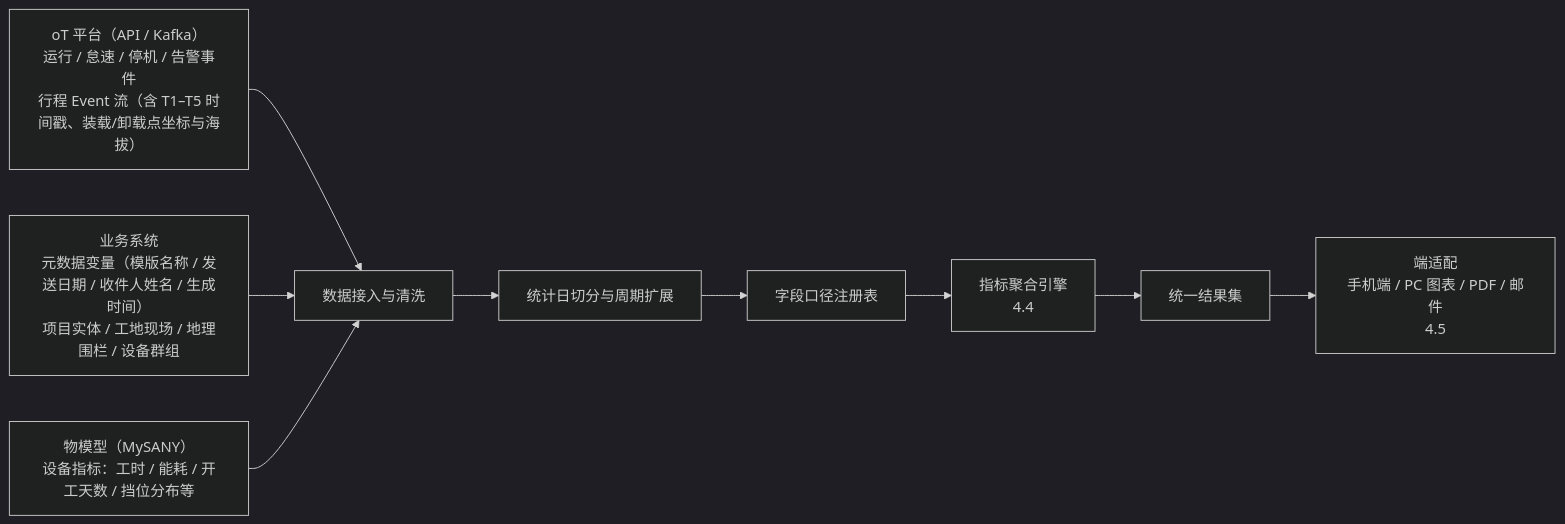
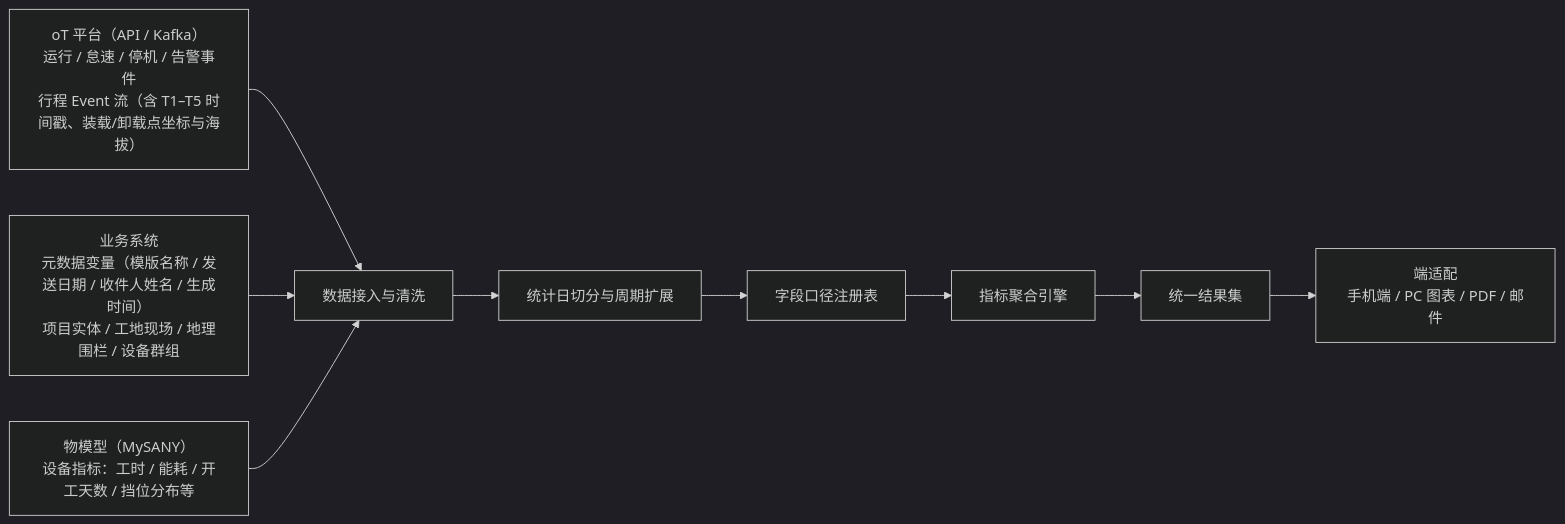
Before and after one commit to nametp1/xiangmubaogao: the second of 3 diagrams in 三一设备报表项目PRDv2.0.md, drawn with Mermaid (dark theme). The commit also changed other lines of this file and 37 other files, not shown here.

````diff
--- a/三一设备报表项目PRDv2.0.md
+++ b/三一设备报表项目PRDv2.0.md
@@ -859,11 +559,11 @@
 ```mermaid
 flowchart LR
     A["oT 平台（API / Kafka）<br/>运行 / 怠速 / 停机 / 告警事件<br/>行程 Event 流（含 T1–T5 时间戳、装载/卸载点坐标与海拔）"] --> D[数据接入与清洗]
     B["业务系统<br/>元数据变量（模版名称 / 发送日期 / 收件人姓名 / 生成时间）<br/>项目实体 / 工地现场 / 地理围栏 / 设备群组"] --> D
     C["物模型（MySANY）<br/>设备指标：工时 / 能耗 / 开工天数 / 挡位分布等"] --> D
     D --> E[统计日切分与周期扩展]
     E --> F[字段口径注册表]
-    F --> G[指标聚合引擎<br/>4.4]
+    F --> G[指标聚合引擎]
     G --> H[统一结果集]
-    H --> I[端适配<br/>手机端 / PC 图表 / PDF / 邮件<br/>4.5]
+    H --> I[端适配<br/>手机端 / PC 图表 / PDF / 邮件]
 ```
````
